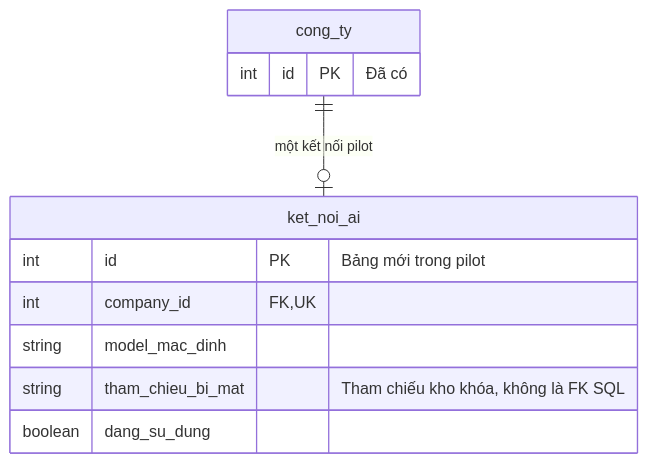
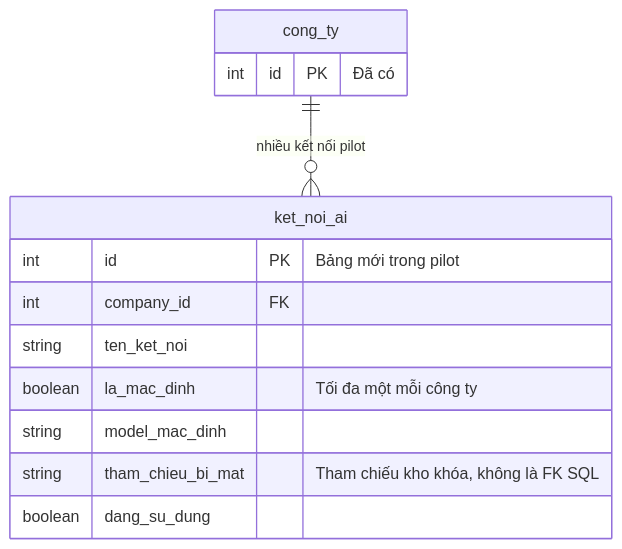
One commit to IceCrowNT/SGDERP changed the diagram in docs/THIET-KE-QUAN-TRI-AI.md. Above: the diagram before and after it, drawn with Mermaid. The commit also changed other lines of this file and 117 other files, not shown here.

````diff
--- a/docs/THIET-KE-QUAN-TRI-AI.md
+++ b/docs/THIET-KE-QUAN-TRI-AI.md
@@ -72,14 +82,16 @@
 ```mermaid
 erDiagram
-    cong_ty ||--o| ket_noi_ai : "một kết nối pilot"
+    cong_ty ||--o{ ket_noi_ai : "nhiều kết nối pilot"
     cong_ty {
         int id PK "Đã có"
     }
     ket_noi_ai {
         int id PK "Bảng mới trong pilot"
-        int company_id FK,UK
+        int company_id FK
+        string ten_ket_noi
+        boolean la_mac_dinh "Tối đa một mỗi công ty"
         string model_mac_dinh
         string tham_chieu_bi_mat "Tham chiếu kho khóa, không là FK SQL"
         boolean dang_su_dung
     }
 ```
````
